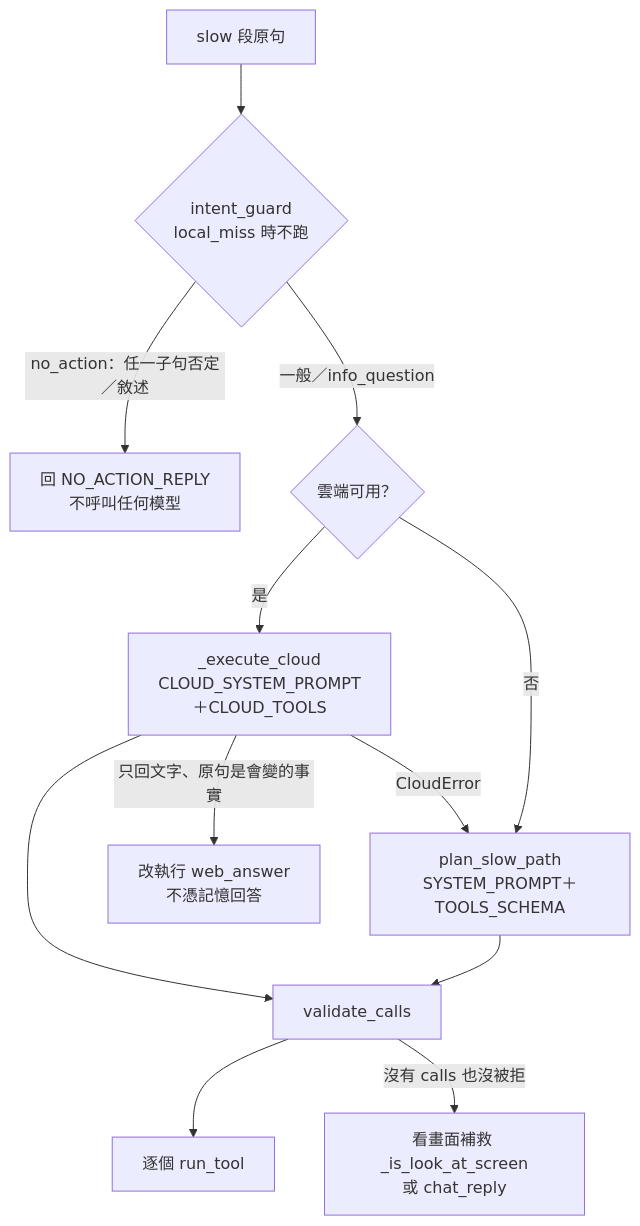
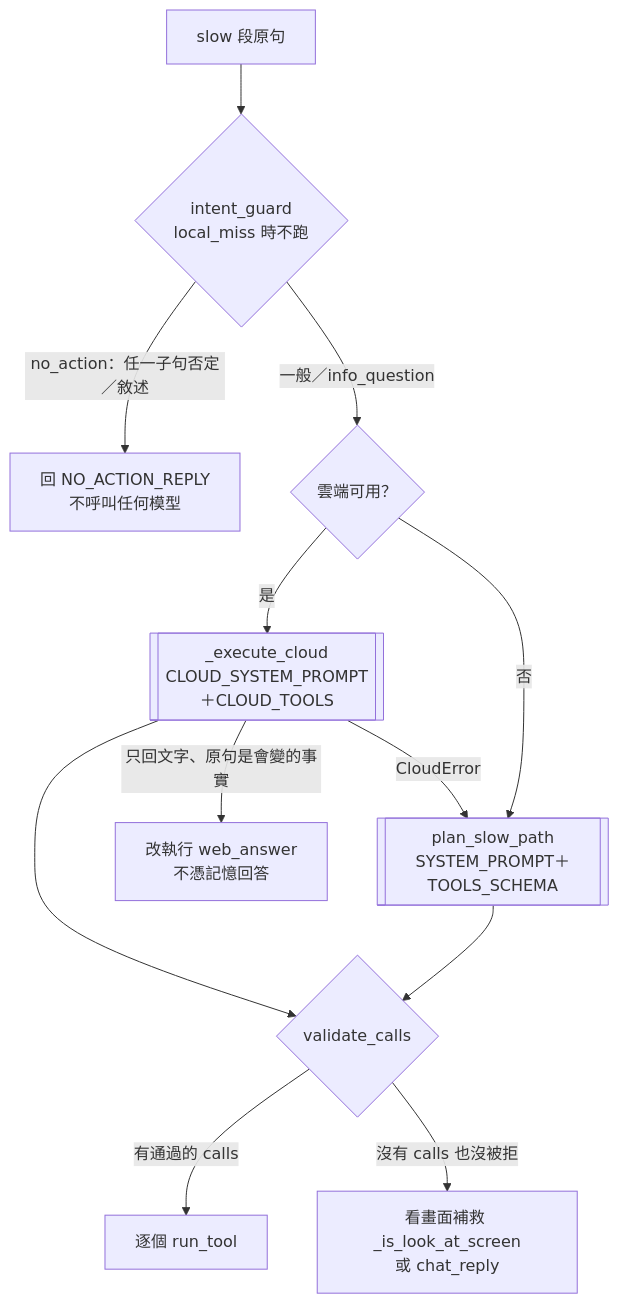
Before and after one commit to young878787/mac_ai_control: the diagram in docs/flows/slow-path.md, drawn with Mermaid. The commit also changed other lines of this file and 4 other files, not shown here.

Commit message:
docs: 流程圖改成新規範，加上 test_docs_flows 檢查（T1～T11）與依賴契約計畫的實測結果

````diff
--- a/docs/flows/slow-path.md
+++ b/docs/flows/slow-path.md
@@ -5,14 +5,14 @@
 ```mermaid
 flowchart TD
-    In[slow 段原句] --> G{intent_guard<br/>local_miss 時不跑}
-    G -- no_action：任一子句否定／敘述 --> NA[回 NO_ACTION_REPLY<br/>不呼叫任何模型]
-    G -- 一般／info_question --> C{雲端可用？}
-    C -- 是 --> Cloud[_execute_cloud<br/>CLOUD_SYSTEM_PROMPT＋CLOUD_TOOLS]
-    Cloud -- CloudError --> Local
-    C -- 否 --> Local[plan_slow_path<br/>SYSTEM_PROMPT＋TOOLS_SCHEMA]
-    Cloud --> V[validate_calls]
-    Cloud -- 只回文字、原句是會變的事實 --> WA[改執行 web_answer<br/>不憑記憶回答]
-    Local --> V
-    V --> Exec[逐個 run_tool]
-    V -- 沒有 calls 也沒被拒 --> Fallback[看畫面補救 _is_look_at_screen<br/>或 chat_reply]
+    Input["slow 段原句"] --> Guard{"intent_guard<br/>local_miss 時不跑"}
+    Guard -- "no_action：任一子句否定／敘述" --> NoAction["回 NO_ACTION_REPLY<br/>不呼叫任何模型"]
+    Guard -- "一般／info_question" --> CloudReady{"雲端可用？"}
+    CloudReady -- "是" --> Cloud[["_execute_cloud<br/>CLOUD_SYSTEM_PROMPT＋CLOUD_TOOLS"]]
+    Cloud -- "CloudError" --> Local
+    CloudReady -- "否" --> Local[["plan_slow_path<br/>SYSTEM_PROMPT＋TOOLS_SCHEMA"]]
+    Cloud --> Validate
+    Cloud -- "只回文字、原句是會變的事實" --> WebAnswer["改執行 web_answer<br/>不憑記憶回答"]
+    Local --> Validate{"validate_calls"}
+    Validate -- "有通過的 calls" --> Exec["逐個 run_tool"]
+    Validate -- "沒有 calls 也沒被拒" --> Fallback["看畫面補救 _is_look_at_screen<br/>或 chat_reply"]
 ```
````
